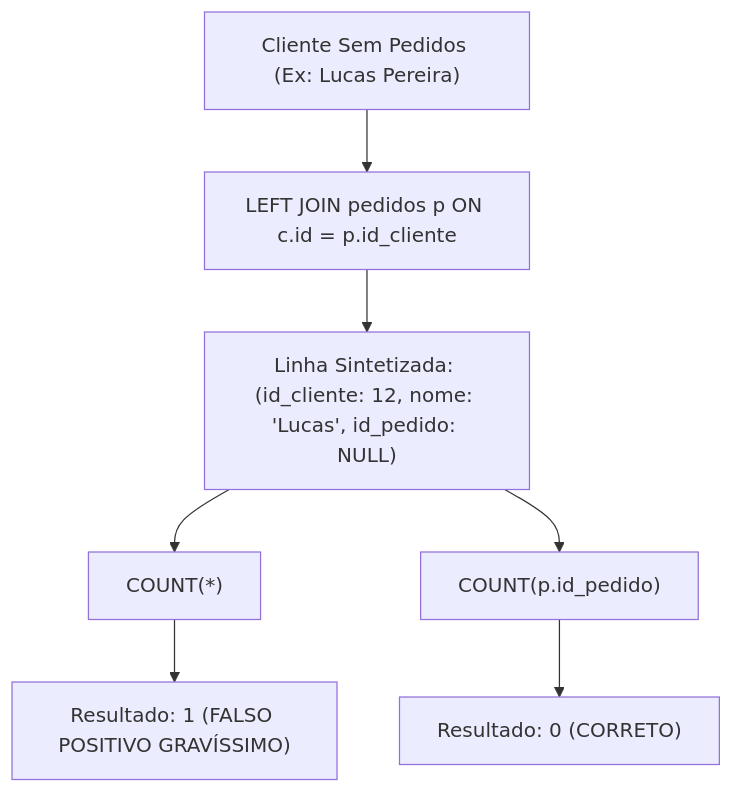
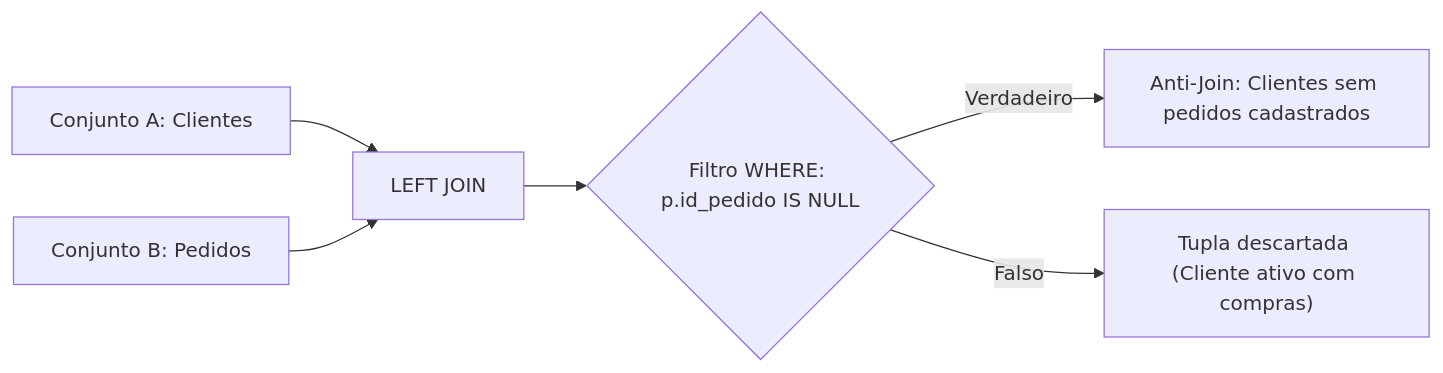
One commit to murilolol/unifef changed the eighth of 10 diagrams in 4º Semestre/[Prof. Welington Garcia] Tópicos Avançados em Banco de Dados/Resumos-IA/Caderno-Consolidado.md. Above: the diagram before and after it, drawn with Mermaid. The commit also changed other lines of this file and 40 other files, not shown here.

````diff
--- a/4º Semestre/[Prof. Welington Garcia] Tópicos Avançados em Banco de Dados/Resumos-IA/Caderno-Consolidado.md
+++ b/4º Semestre/[Prof. Welington Garcia] Tópicos Avançados em Banco de Dados/Resumos-IA/Caderno-Consolidado.md
@@ -1084,11 +397,8 @@
 ```mermaid
-flowchart TD
-  C["Cliente Sem Pedidos (Ex: Lucas Pereira)"] --> LJ["LEFT JOIN pedidos p ON c.id = p.id_cliente"]
-  LJ --> Row["Linha Sintetizada: (id_cliente: 12, nome: 'Lucas', id_pedido: NULL)"]
-  
-  Row --> CountAll["COUNT(*)"]
-  Row --> CountCol["COUNT(p.id_pedido)"]
-  
-  CountAll --> Res1["Resultado: 1 (FALSO POSITIVO GRAVÍSSIMO)"]
-  CountCol --> Res2["Resultado: 0 (CORRETO)"]
+flowchart LR
+  A["Conjunto A: Clientes"] --> LJ["LEFT JOIN"]
+  B["Conjunto B: Pedidos"] --> LJ
+  LJ --> F{"Filtro WHERE: p.id_pedido IS NULL"}
+  F -->|"Verdadeiro"| R["Anti-Join: Clientes sem pedidos cadastrados"]
+  F -->|"Falso"| D["Tupla descartada (Cliente ativo com compras)"]
 ```
````
